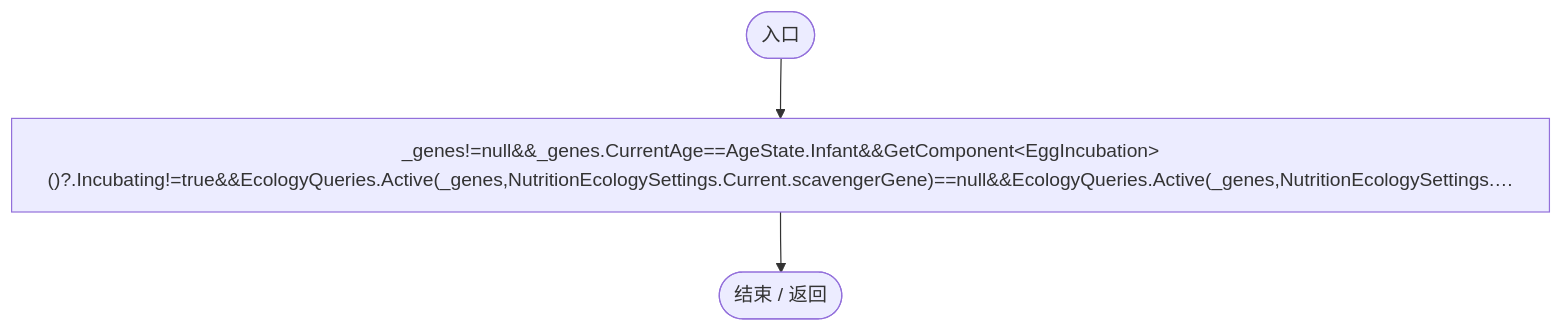
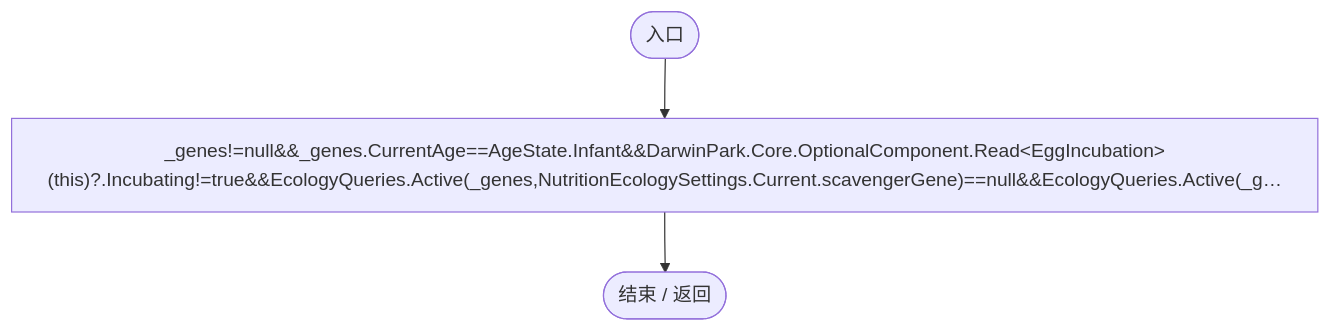
The third of 16 diagrams in Docs/运行流程图/脚本/4a18785b7c1e1484.md (xhs6666/Darwin_paradise), drawn with Mermaid before and after one commit. The commit also changed other lines of this file and 297 other files, not shown here.

````diff
--- a/Docs/运行流程图/脚本/4a18785b7c1e1484.md
+++ b/Docs/运行流程图/脚本/4a18785b7c1e1484.md
@@ -59,9 +59,9 @@
 ```mermaid
 flowchart TD
   n2(["入口"])
-  n1["_genes!=null&amp;&amp;_genes.CurrentAge==AgeState.Infant&amp;&amp;GetComponent&lt;EggIncubation&gt;()?.Incubating!=true&amp;&amp;EcologyQueries.Active(_genes,NutritionEcologySettings.Current.scavengerGene)==null&amp;&amp;EcologyQueries.Active(_genes,NutritionEcologySettings.…"]
+  n1["_genes!=null&amp;&amp;_genes.CurrentAge==AgeState.Infant&amp;&amp;DarwinPark.Core.OptionalComponent.Read&lt;EggIncubation&gt;(this)?.Incubating!=true&amp;&amp;EcologyQueries.Active(_genes,NutritionEcologySettings.Current.scavengerGene)==null&amp;&amp;EcologyQueries.Active(_g…"]
   n0(["结束 / 返回"])
   n1 --> n0
   n2 --> n1
 
 ```
````
